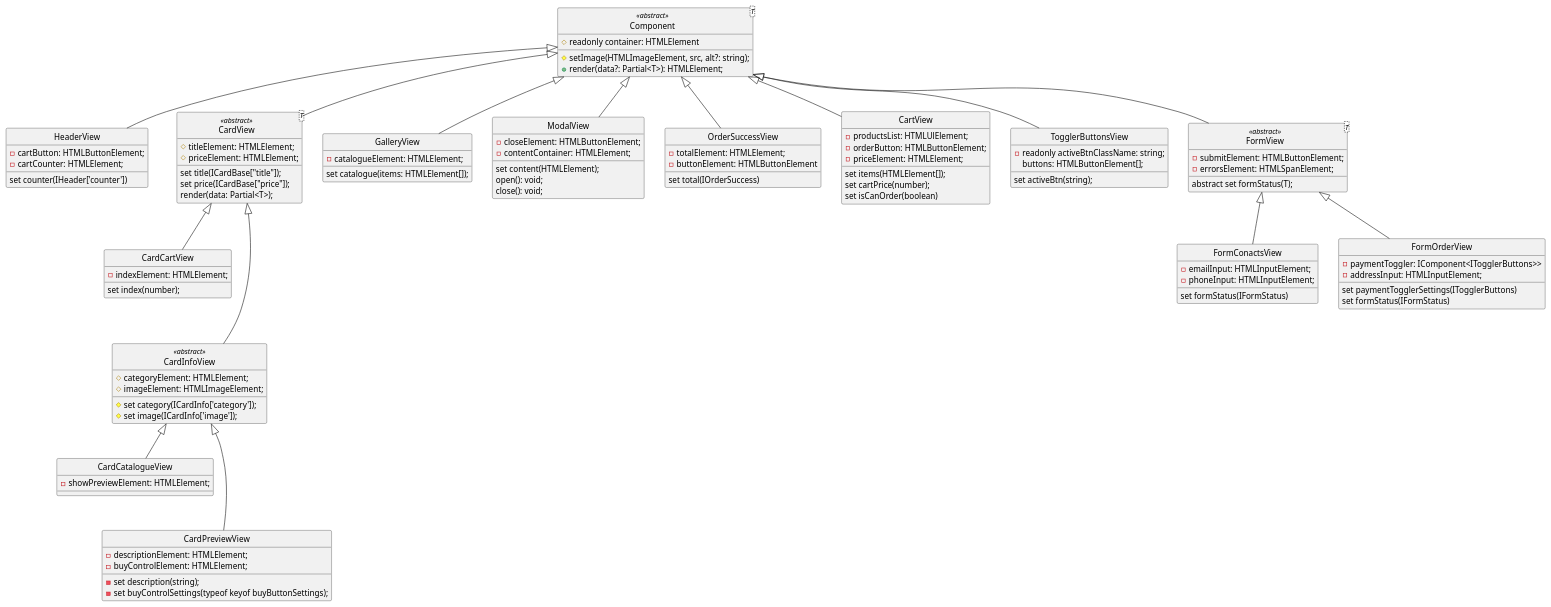
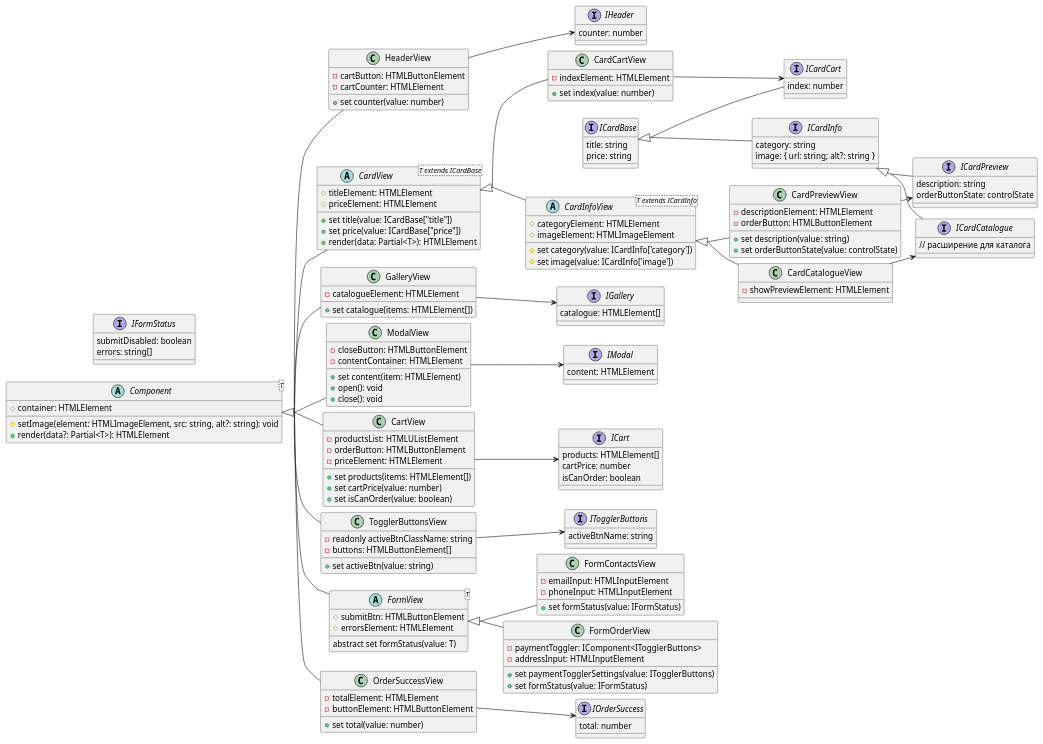
Before and after one commit to Mishbazian/weblarek: the diagram in view.puml, drawn with PlantUML. The commit also changed 3 other files, not shown here.

```diff
--- a/view.puml
+++ b/view.puml
@@ -1,225 +1,199 @@
-@startuml Classes diagram
+@startuml View Classes diagram
 
-'left to right direction
-'skinparam groupInheritance 2
+left to right direction
+skinparam groupInheritance 2
+skinparam nodesep 10
+skinparam ranksep 20
 
 
-class  Component<T> <<abstract>> {
-
-    # readonly container: HTMLElement
-    # setImage(HTMLImageElement, src, alt?: string);
-    + render(data?: Partial<T>): HTMLElement;
+abstract class Component<T> {
+  # container: HTMLElement
+  # setImage(element: HTMLImageElement, src: string, alt?: string): void
+  + render(data?: Partial<T>): HTMLElement
 }
 
-interface IComponent<T> <<interface>>{
-    container: HTMLElement;
-    render(data?: Partial<T>): HTMLElement;
-}
-
-IComponent -up> Component
-
 '----Хедер-----'
-interface IHeader <<interface>>{
-    counter: number;
+interface IHeader {
+  counter: number
 }
 
 class HeaderView extends Component {
-
-    -cartButton: HTMLButtonElement;
-    -cartCounter: HTMLElement;
-    set counter(IHeader['counter'])
+  -cartButton: HTMLButtonElement
+  -cartCounter: HTMLElement
+  + set counter(value: number)
 }
 
 HeaderView --> IHeader
 
 '-----Карточки------'
 '---Базовый класс---'
-interface ICardBase<<interface>> {
-    title: string;
-    price: string;
+interface ICardBase {
+  title: string
+  price: string
 }
 
-class CardView<T> <<abstract>> extends Component {
-    #titleElement: HTMLElement;
-    #priceElement: HTMLElement;
+abstract class CardView<T extends ICardBase> extends Component {
+  #titleElement: HTMLElement
+  #priceElement: HTMLElement
 
-    set title(ICardBase["title"]);
-    set price(ICardBase["price"]);
-    render(data: Partial<T>);
-}
-
-interface ICardInfo<<interface>> extends ICardBase {
-    category: string;
-    image: {url; alt?: string}
+  + set title(value: ICardBase["title"])
+  + set price(value: ICardBase["price"])
+  + render(data: Partial<T>): HTMLElement
 }
 
 
-interface ICardCatalogue <<interface>> extends ICardInfo {
+interface ICardInfo extends ICardBase {
+  category: string
+  image: { url: string; alt?: string }
+}
 
+interface ICardCatalogue extends ICardInfo {
+  // расширение для каталога
 }
- 
-'-----Карточка для каталога---
 
-class CardInfoView <<abstract>> extends CardView {
-    # categoryElement: HTMLElement;
-    # imageElement: HTMLImageElement;
+'-----Карточка для каталога---'
 
-    # set category(ICardInfo['category']);
-    # set image(ICardInfo['image']);
+abstract class CardInfoView<T extends ICardInfo> extends CardView {
+  #categoryElement: HTMLElement
+  #imageElement: HTMLImageElement
+
+  # set category(value: ICardInfo['category'])
+  # set image(value: ICardInfo['image'])
 }
 
 class CardCatalogueView extends CardInfoView {
-    - showPreviewElement: HTMLElement;
+  -showPreviewElement: HTMLElement
 }
 
-'-----Карточка для превью---э
+'-----Карточка для превью---'
 
-' @todo вынести в константы
-' const buyButtonSettings { 
-'     'BUY': { text: "Купить", disabled: false },
-'     'REMOVE': {text:"Удалить из корзины", disabled: false},
-'     'DISABLED': {text: "Недоступно", disabled: true}
-'   }
+'type controlState = { text: string; disabled: boolean }'
 
-interface ICardFull<<interface>> extends ICardCatalogue {
-    description: string;
-    controlSettings: typeof keyof buyButtonSettings;
+interface ICardPreview extends ICardInfo {
+  description: string
+  orderButtonState: controlState
 }
 
 class CardPreviewView extends CardInfoView {
-    - descriptionElement: HTMLElement;
-    - buyControlElement: HTMLElement;
+  -descriptionElement: HTMLElement
+  -orderButton: HTMLButtonElement
 
-    - set description(string);
-    - set buyControlSettings(typeof keyof buyButtonSettings);
+  + set description(value: string)
+  + set orderButtonState(value: controlState)
 }
 
-CardPreviewView --> ICardFull
+CardPreviewView --> ICardPreview
 
-'---каоточка для корзины----'
-interface ICardCart<<interface>> extends ICardBase {
-    index: number;
+'---Карточка для корзины----'
+interface ICardCart extends ICardBase {
+  index: number
 }
 
 class CardCartView extends CardView {
-    - indexElement: HTMLElement;
-    set index(number);
+  -indexElement: HTMLElement
+  + set index(value: number)
 }
 
-CardCatalogueView -> ICardCatalogue
-CardCartView -> ICardBase
-CardPreviewView -> ICardFull
+CardCatalogueView --> ICardCatalogue
+CardCartView --> ICardCart
 
-
-
-'---Каталог ---`
-interface IGallery <<interface>>{
-    catalogue: HTMLElement[];
+'---Каталог ---'
+interface IGallery {
+  catalogue: HTMLElement[]
 }
 
 class GalleryView extends Component {
-    - catalogueElement: HTMLElement;
-    set catalogue(items: HTMLElement[]);
+  -catalogueElement: HTMLElement
+  + set catalogue(items: HTMLElement[])
 }
 
 GalleryView --> IGallery
 
 '------Модалка---------'
-interface IModal <<interface>>{
-    content: HTMLElement;
+interface IModal {
+  content: HTMLElement
 }
 
 class ModalView extends Component {
-    - closeElement: HTMLButtonElement;
-    - contentContainer: HTMLElement;
-    set content(HTMLElement);
-    open(): void;
-    close(): void;
+  -closeButton: HTMLButtonElement
+  -contentContainer: HTMLElement
+  + set content(item: HTMLElement)
+  + open(): void
+  + close(): void
 }
 
 ModalView --> IModal
 
+'---Корзина ---'
+interface ICart {
+  products: HTMLElement[]
+  cartPrice: number
+  isCanOrder: boolean
+}
 
+class CartView extends Component {
+  -productsList: HTMLUListElement
+  -orderButton: HTMLButtonElement
+  -priceElement: HTMLElement
+  + set products(items: HTMLElement[])
+  + set cartPrice(value: number)
+  + set isCanOrder(value: boolean)
+}
 
-
-
-OrderSuccessView --> IOrderSuccess
-
-'---Корзина ---'
-interface ICart <<interface>> {
-    items: HTMLElement[];
-    cartPrice: number;
-    isCanBuy: boolean;
-}
-class CartView extends Component {
-    - productsList: HTMLUlElement;
-    - orderButton: HTMLButtonElement;
-    - priceElement: HTMLElement;
-    set items(HTMLElement[]);
-    set cartPrice(number);
-    set isCanOrder(boolean)
-}
 CartView --> ICart
 
-
 '-----Кнопки----'
-
-interface ITogglerButtons <<interface>> {
-    activeBtnName: string;
+interface ITogglerButtons {
+  activeBtnName: string
 }
 
 class TogglerButtonsView extends Component {
-    - readonly activeBtnClassName: string;
-    buttons: HTMLButtonElement[];
-    set activeBtn(string);
+  -readonly activeBtnClassName: string
+  -buttons: HTMLButtonElement[]
+  + set activeBtn(value: string)
 }
 
 TogglerButtonsView --> ITogglerButtons
 
 '---Формы----'
-
-class FormView<T> <<abstract>> extends Component {
-    - submitElement: HTMLButtonElement;
-    -errorsElement: HTMLSpanElement;
-    abstract set formStatus(T);
+interface IFormStatus {
+  submitDisabled: boolean
+  errors: string[]
 }
 
-interface IFormStatus <<interface>> {
-    submitDisabled: boolean;
-    errors: string[];
+abstract class FormView<T> extends Component {
+  #submitBtn: HTMLButtonElement
+  #errorsElement: HTMLElement
+  abstract set formStatus(value: T)
 }
 
-'type TFormOrderStatus = IFormStatus & ITogglerButtons
-
 class FormOrderView extends FormView {
-    - paymentToggler: IComponent<ITogglerButtons>>
-    - addressInput: HTMLInputElement;
-
-    set paymentTogglerSettings(ITogglerButtons)
-    set formStatus(IFormStatus)
+  -paymentToggler: IComponent<ITogglerButtons>
+  -addressInput: HTMLInputElement
+  + set paymentTogglerSettings(value: ITogglerButtons)
+  + set formStatus(value: IFormStatus)
 }
 
-class FormConactsView extends FormView {
-    - emailInput: HTMLInputElement;
-    - phoneInput: HTMLInputElement;
-
-    set formStatus(IFormStatus)
+class FormContactsView extends FormView {
+  -emailInput: HTMLInputElement
+  -phoneInput: HTMLInputElement
+  + set formStatus(value: IFormStatus)
 }
 
-'----заказ--'
-interface IOrderSuccess <<interface>>{
-    total: number;
+'----Заказ успешен--'
+interface IOrderSuccess {
+  total: number
 }
 
 class OrderSuccessView extends Component {
-    -totalElement: HTMLElement;
-    -buttonElement: HTMLButtonElement
-    set total(IOrderSuccess)
+  -totalElement: HTMLElement
+  -buttonElement: HTMLButtonElement
+  + set total(value: number)
 }
-'FormOrderView --> IFormOrderStatus'
-'FormConactsView --> IFormStatus'
 
-hide <<interface>>
-hide class circle
-hide interface circle
+OrderSuccessView --> IOrderSuccess
+
+'hide <<interface>>
+'hide class circle
+'hide interface circle
 @enduml
```
